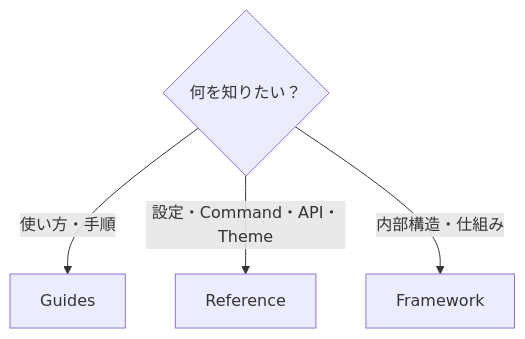
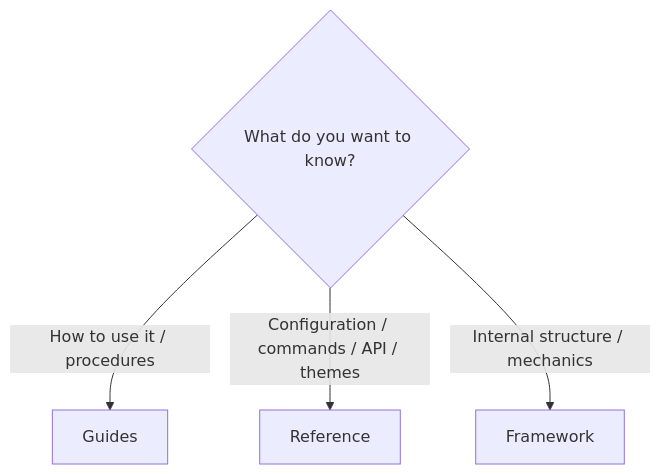
The first of 4 diagrams in docs/docs/reference/README.md (Rerurate514/riebeckite), drawn with Mermaid before and after one commit. The commit also changed other lines of this file and 604 other files, not shown here.

````diff
--- a/docs/docs/reference/README.md
+++ b/docs/docs/reference/README.md
@@ -13,8 +11,8 @@
-```mermaid id="h2qw1n"
+```mermaid
 flowchart TD
-    Q{"何を知りたい？"}
+    Q{"What do you want to know?"}
 
-    Q -->|"使い方・手順"| Guides["Guides"]
-    Q -->|"設定・Command・API・Theme"| Reference["Reference"]
-    Q -->|"内部構造・仕組み"| Framework["Framework"]
+    Q -->|"How to use it / procedures"| Guides["Guides"]
+    Q -->|"Configuration / commands / API / themes"| Reference["Reference"]
+    Q -->|"Internal structure / mechanics"| Framework["Framework"]
 ```
````
